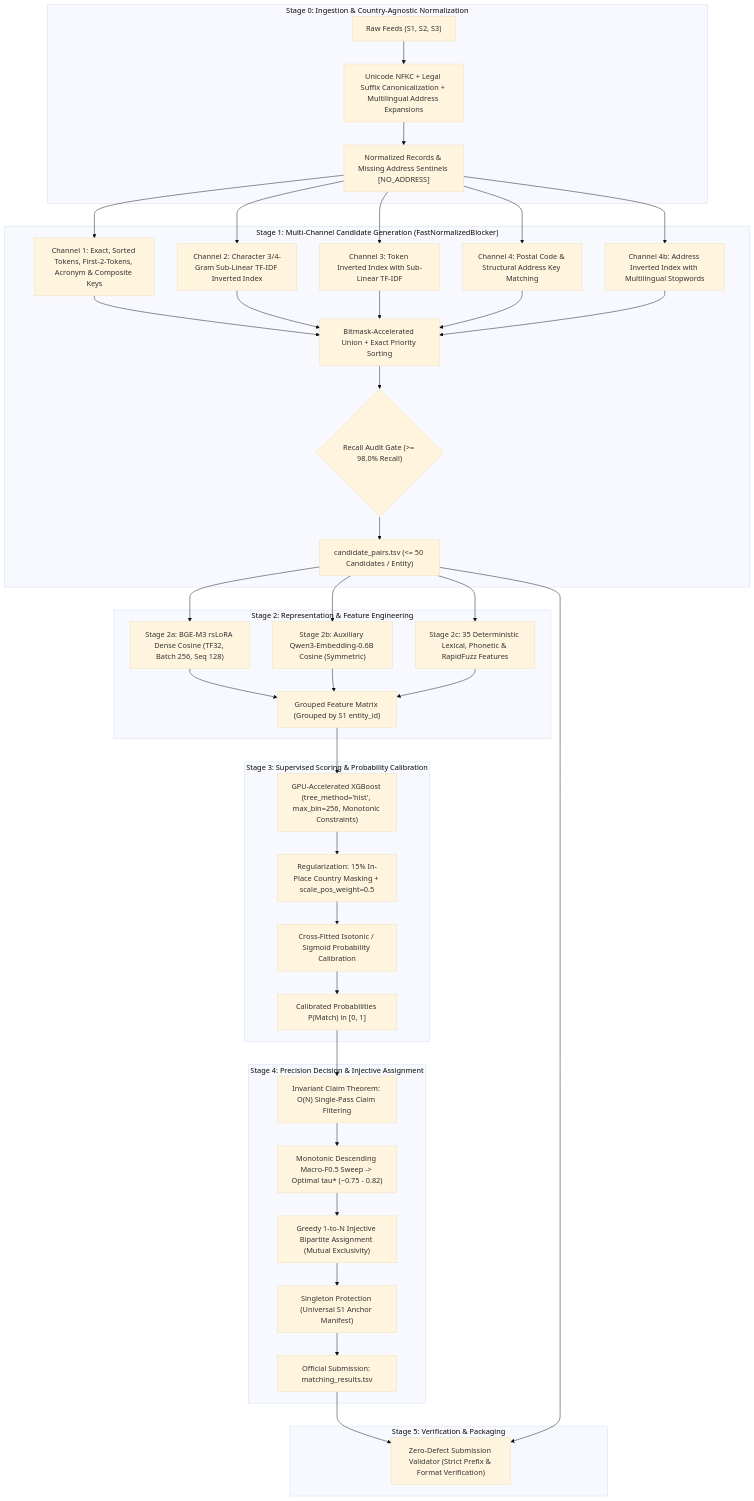
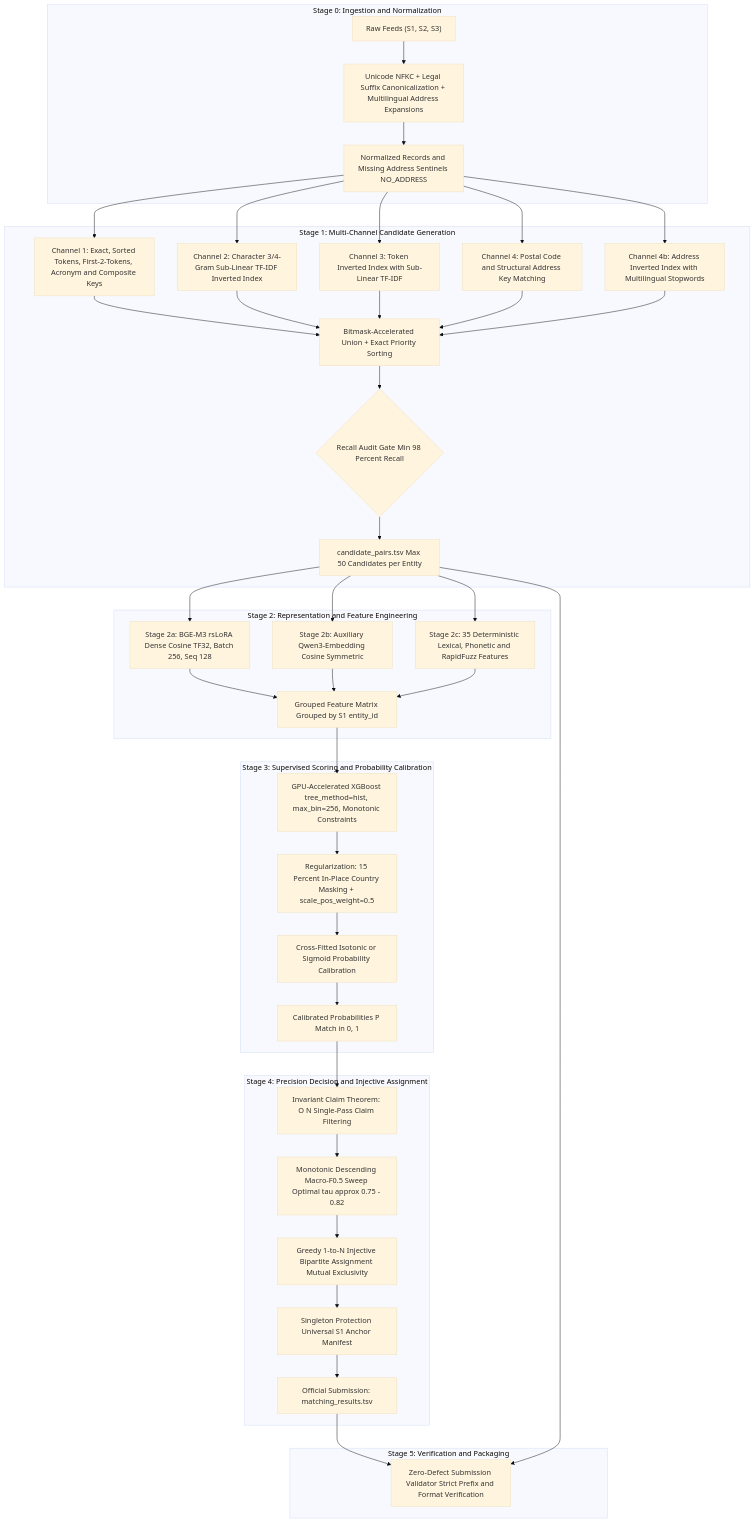
The diagram in Documentation.md (priyanshu-ogdev/AmazonMLChallenge2026), drawn with Mermaid (base theme) before and after one commit.

Commit message:
docs: fix Mermaid syntax rendering errors

````diff
--- a/Documentation.md
+++ b/Documentation.md
@@ -14,44 +14,44 @@
 ```mermaid
 flowchart TD
-    subgraph S0["Stage 0: Ingestion & Country-Agnostic Normalization"]
+    subgraph S0 [Stage 0: Ingestion and Normalization]
         R0["Raw Feeds (S1, S2, S3)"] --> N0["Unicode NFKC + Legal Suffix Canonicalization + Multilingual Address Expansions"]
-        N0 --> D0["Normalized Records & Missing Address Sentinels [NO_ADDRESS]"]
+        N0 --> D0["Normalized Records and Missing Address Sentinels NO_ADDRESS"]
     end
 
-    subgraph S1["Stage 1: Multi-Channel Candidate Generation (FastNormalizedBlocker)"]
-        D0 --> B1["Channel 1: Exact, Sorted Tokens, First-2-Tokens, Acronym & Composite Keys"]
+    subgraph S1 [Stage 1: Multi-Channel Candidate Generation]
+        D0 --> B1["Channel 1: Exact, Sorted Tokens, First-2-Tokens, Acronym and Composite Keys"]
         D0 --> B2["Channel 2: Character 3/4-Gram Sub-Linear TF-IDF Inverted Index"]
         D0 --> B3["Channel 3: Token Inverted Index with Sub-Linear TF-IDF"]
-        D0 --> B4["Channel 4: Postal Code & Structural Address Key Matching"]
+        D0 --> B4["Channel 4: Postal Code and Structural Address Key Matching"]
         D0 --> B4b["Channel 4b: Address Inverted Index with Multilingual Stopwords"]
         B1 & B2 & B3 & B4 & B4b --> U1["Bitmask-Accelerated Union + Exact Priority Sorting"]
-        U1 --> G1{"Recall Audit Gate (>= 98.0% Recall)"}
-        G1 --> CP_TSV["candidate_pairs.tsv (<= 50 Candidates / Entity)"]
+        U1 --> G1{"Recall Audit Gate Min 98 Percent Recall"}
+        G1 --> CP_TSV["candidate_pairs.tsv Max 50 Candidates per Entity"]
     end
 
-    subgraph S2["Stage 2: Representation & Feature Engineering"]
-        CP_TSV --> F1["Stage 2a: BGE-M3 rsLoRA Dense Cosine (TF32, Batch 256, Seq 128)"]
-        CP_TSV --> F2["Stage 2b: Auxiliary Qwen3-Embedding-0.6B Cosine (Symmetric)"]
-        CP_TSV --> F3["Stage 2c: 35 Deterministic Lexical, Phonetic & RapidFuzz Features"]
-        F1 & F2 & F3 --> M2["Grouped Feature Matrix (Grouped by S1 entity_id)"]
+    subgraph S2 [Stage 2: Representation and Feature Engineering]
+        CP_TSV --> F1["Stage 2a: BGE-M3 rsLoRA Dense Cosine TF32, Batch 256, Seq 128"]
+        CP_TSV --> F2["Stage 2b: Auxiliary Qwen3-Embedding Cosine Symmetric"]
+        CP_TSV --> F3["Stage 2c: 35 Deterministic Lexical, Phonetic and RapidFuzz Features"]
+        F1 & F2 & F3 --> M2["Grouped Feature Matrix Grouped by S1 entity_id"]
     end
 
-    subgraph S3["Stage 3: Supervised Scoring & Probability Calibration"]
-        M2 --> G3["GPU-Accelerated XGBoost (tree_method='hist', max_bin=256, Monotonic Constraints)"]
-        G3 --> REG["Regularization: 15% In-Place Country Masking + scale_pos_weight=0.5"]
-        REG --> CALIB["Cross-Fitted Isotonic / Sigmoid Probability Calibration"]
-        CALIB --> P3["Calibrated Probabilities P(Match) in [0, 1]"]
+    subgraph S3 [Stage 3: Supervised Scoring and Probability Calibration]
+        M2 --> G3["GPU-Accelerated XGBoost tree_method=hist, max_bin=256, Monotonic Constraints"]
+        G3 --> REG["Regularization: 15 Percent In-Place Country Masking + scale_pos_weight=0.5"]
+        REG --> CALIB["Cross-Fitted Isotonic or Sigmoid Probability Calibration"]
+        CALIB --> P3["Calibrated Probabilities P Match in 0, 1"]
     end
 
-    subgraph S4["Stage 4: Precision Decision & Injective Assignment"]
-        P3 --> ICT["Invariant Claim Theorem: O(N) Single-Pass Claim Filtering"]
-        ICT --> SWEEP["Monotonic Descending Macro-F0.5 Sweep -> Optimal tau* (~0.75 - 0.82)"]
-        SWEEP --> INJ["Greedy 1-to-N Injective Bipartite Assignment (Mutual Exclusivity)"]
-        INJ --> S4_OUT["Singleton Protection (Universal S1 Anchor Manifest)"]
+    subgraph S4 [Stage 4: Precision Decision and Injective Assignment]
+        P3 --> ICT["Invariant Claim Theorem: O N Single-Pass Claim Filtering"]
+        ICT --> SWEEP["Monotonic Descending Macro-F0.5 Sweep Optimal tau approx 0.75 - 0.82"]
+        SWEEP --> INJ["Greedy 1-to-N Injective Bipartite Assignment Mutual Exclusivity"]
+        INJ --> S4_OUT["Singleton Protection Universal S1 Anchor Manifest"]
         S4_OUT --> O4["Official Submission: matching_results.tsv"]
     end
 
-    subgraph S5["Stage 5: Verification & Packaging"]
-        O4 & CP_TSV --> VAL["Zero-Defect Submission Validator (Strict Prefix & Format Verification)"]
+    subgraph S5 [Stage 5: Verification and Packaging]
+        O4 & CP_TSV --> VAL["Zero-Defect Submission Validator Strict Prefix and Format Verification"]
     end
 ```
````
